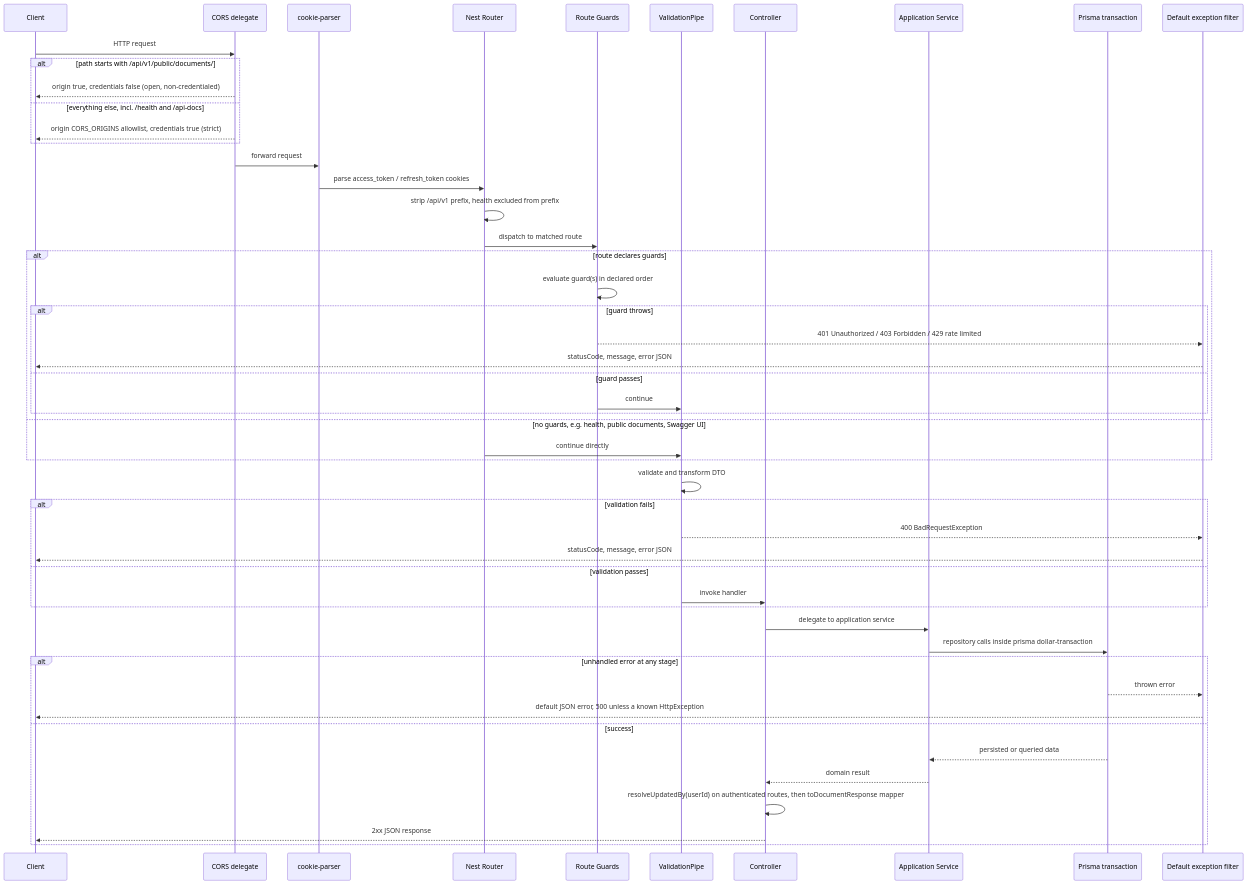
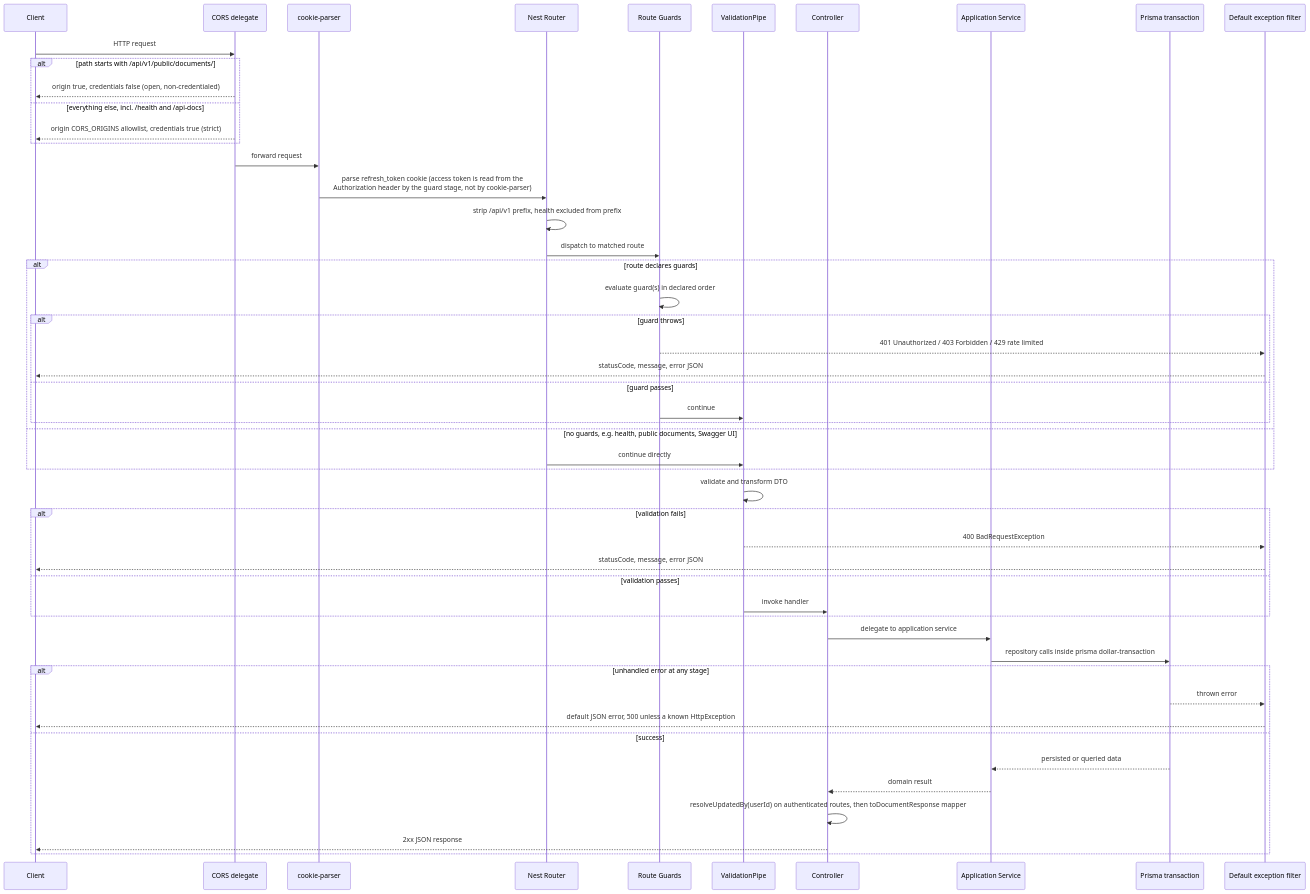
One commit to hungnh1812dev/abyssoftime-cms-api changed the second of 2 diagrams in apps/cms-api/docs/diagrams/request-lifecycle-flow-diagram.md. Above: the diagram before and after it, drawn with Mermaid. The commit also changed 16 other files, not shown here.

````diff
--- a/apps/cms-api/docs/diagrams/request-lifecycle-flow-diagram.md
+++ b/apps/cms-api/docs/diagrams/request-lifecycle-flow-diagram.md
@@ -36,56 +36,56 @@
 ```mermaid
 sequenceDiagram
     participant C as Client
     participant CORS as CORS delegate
     participant CP as cookie-parser
     participant R as Nest Router
     participant G as Route Guards
     participant VP as ValidationPipe
     participant Ctl as Controller
     participant Svc as Application Service
     participant DB as Prisma transaction
     participant EF as Default exception filter
 
     C->>CORS: HTTP request
     alt path starts with /api/v1/public/documents/
         CORS-->>C: origin true, credentials false (open, non-credentialed)
     else everything else, incl. /health and /api-docs
         CORS-->>C: origin CORS_ORIGINS allowlist, credentials true (strict)
     end
     CORS->>CP: forward request
-    CP->>R: parse access_token / refresh_token cookies
+    CP->>R: parse refresh_token cookie (access token is read from the<br/>Authorization header by the guard stage, not by cookie-parser)
     R->>R: strip /api/v1 prefix, health excluded from prefix
     R->>G: dispatch to matched route
 
     alt route declares guards
         G->>G: evaluate guard(s) in declared order
         alt guard throws
             G-->>EF: 401 Unauthorized / 403 Forbidden / 429 rate limited
             EF-->>C: statusCode, message, error JSON
         else guard passes
             G->>VP: continue
         end
     else no guards, e.g. health, public documents, Swagger UI
         R->>VP: continue directly
     end
 
     VP->>VP: validate and transform DTO
     alt validation fails
         VP-->>EF: 400 BadRequestException
         EF-->>C: statusCode, message, error JSON
     else validation passes
         VP->>Ctl: invoke handler
     end
 
     Ctl->>Svc: delegate to application service
     Svc->>DB: repository calls inside prisma dollar-transaction
     alt unhandled error at any stage
         DB-->>EF: thrown error
         EF-->>C: default JSON error, 500 unless a known HttpException
     else success
         DB-->>Svc: persisted or queried data
         Svc-->>Ctl: domain result
         Ctl->>Ctl: resolveUpdatedBy(userId) on authenticated routes, then toDocumentResponse mapper
         Ctl-->>C: 2xx JSON response
     end
 ```
````
